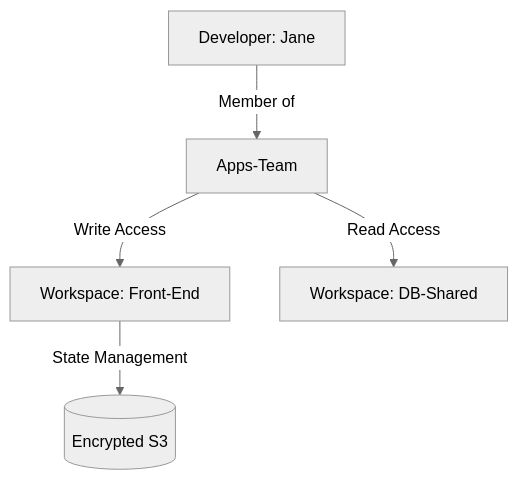
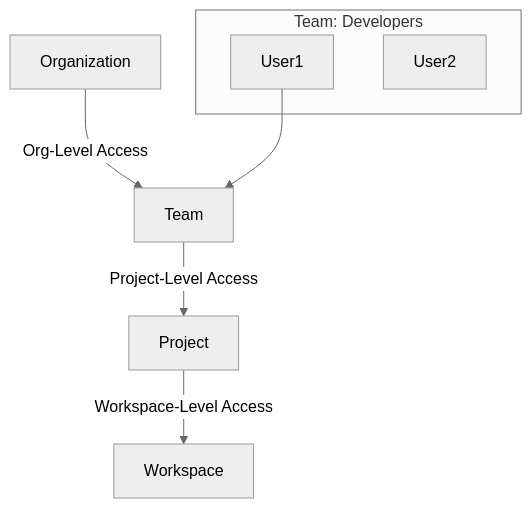
One commit to Ganil151/Devops changed the diagram in 2-Intermediate/03-Terraform/06-Terraform-Cloud/08-Governance-and-RBAC/README.md. Above: the diagram before and after it, drawn with Mermaid (neutral theme). The commit also changed other lines of this file and 36 other files, not shown here.

````diff
--- a/2-Intermediate/03-Terraform/06-Terraform-Cloud/08-Governance-and-RBAC/README.md
+++ b/2-Intermediate/03-Terraform/06-Terraform-Cloud/08-Governance-and-RBAC/README.md
@@ -20,7 +9,13 @@
 ```mermaid
 graph TD
-    User[Developer: Jane] -- Member of --> Team[Apps-Team]
-    Team -- "Write Access" --> WS1[Workspace: Front-End]
-    Team -- "Read Access" --> WS2[Workspace: DB-Shared]
-    WS1 -- State Management --> State[(Encrypted S3)]
+    Org[Organization] -->|Org-Level Access| Team[Team]
+    Team -->|Project-Level Access| Proj[Project]
+    Proj -->|Workspace-Level Access| WS[Workspace]
+    
+    subgraph "Team: Developers"
+        User1
+        User2
+    end
+    
+    User1 --> Team
 ```
````
